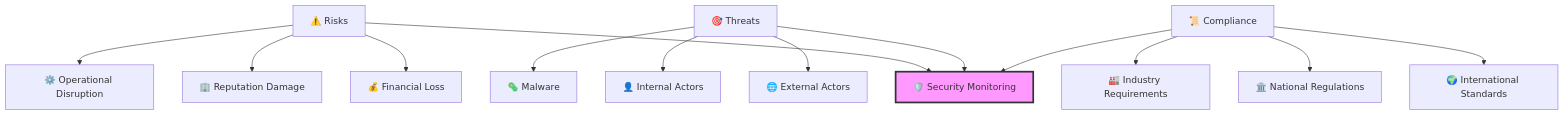
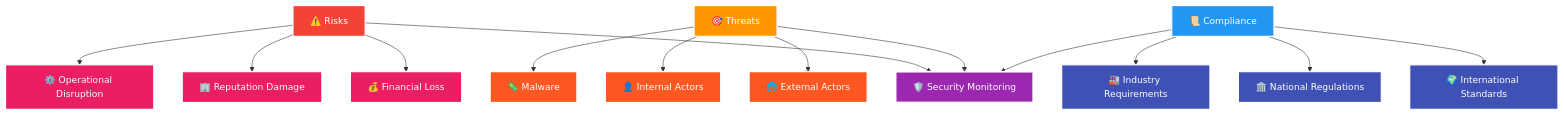
One commit to josamontiel/Detection-Engineering-Framework changed the seventh of 10 diagrams in DEF.md. Above: the diagram before and after it, drawn with Mermaid. The commit also changed other lines of this file, not shown here.

````diff
--- a/DEF.md
+++ b/DEF.md
@@ -323,20 +307,32 @@
 ```mermaid
 graph TB
     A[⚠️ Risks] --> D[🛡️ Security Monitoring]
     B[🎯 Threats] --> D
     C[📜 Compliance] --> D
     
     A --> A1[💰 Financial Loss]
     A --> A2[🏢 Reputation Damage]
     A --> A3[⚙️ Operational Disruption]
     
     B --> B1[🌐 External Actors]
     B --> B2[👤 Internal Actors]
     B --> B3[🦠 Malware]
     
     C --> C1[🌍 International Standards]
     C --> C2[🏛️ National Regulations]
     C --> C3[🏭 Industry Requirements]
     
-    style D fill:#f9f,stroke:#333,stroke-width:3px
+    style D fill:#9C27B0,stroke:#fff,stroke-width:3px,color:#fff
+    style A fill:#F44336,stroke:#fff,stroke-width:2px,color:#fff
+    style B fill:#FF9800,stroke:#fff,stroke-width:2px,color:#fff
+    style C fill:#2196F3,stroke:#fff,stroke-width:2px,color:#fff
+    style A1 fill:#E91E63,stroke:#fff,stroke-width:2px,color:#fff
+    style A2 fill:#E91E63,stroke:#fff,stroke-width:2px,color:#fff
+    style A3 fill:#E91E63,stroke:#fff,stroke-width:2px,color:#fff
+    style B1 fill:#FF5722,stroke:#fff,stroke-width:2px,color:#fff
+    style B2 fill:#FF5722,stroke:#fff,stroke-width:2px,color:#fff
+    style B3 fill:#FF5722,stroke:#fff,stroke-width:2px,color:#fff
+    style C1 fill:#3F51B5,stroke:#fff,stroke-width:2px,color:#fff
+    style C2 fill:#3F51B5,stroke:#fff,stroke-width:2px,color:#fff
+    style C3 fill:#3F51B5,stroke:#fff,stroke-width:2px,color:#fff
 ```
````
